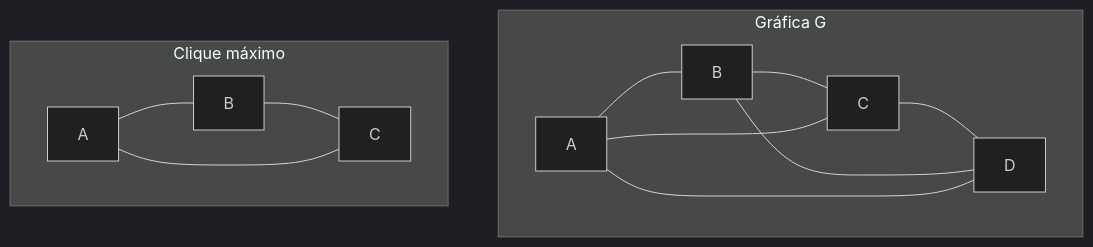
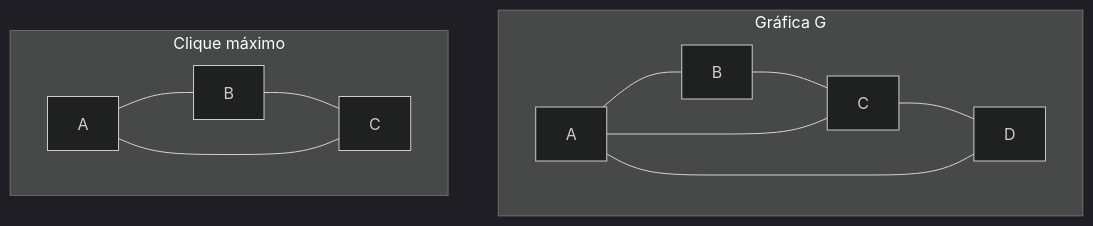
One commit to djaimej/computer-science-template changed the second of 3 diagrams in public/documents/semester-2/3/2314.md. Above: the diagram before and after it, drawn with Mermaid (dark theme). The commit also changed other lines of this file and 38 other files, not shown here.

````diff
--- a/public/documents/semester-2/3/2314.md
+++ b/public/documents/semester-2/3/2314.md
@@ -131,17 +131,16 @@
 ```mermaid
 graph TD
     subgraph Gráfica G
         A[A] --- B[B]
         B --- C[C]
         C --- D[D]
         D --- A
         A --- C
-        B --- D
     end
 
     subgraph Clique máximo
         A2[A] --- B2[B]
         B2 --- C2[C]
         C2 --- A2
     end
 ```
````
